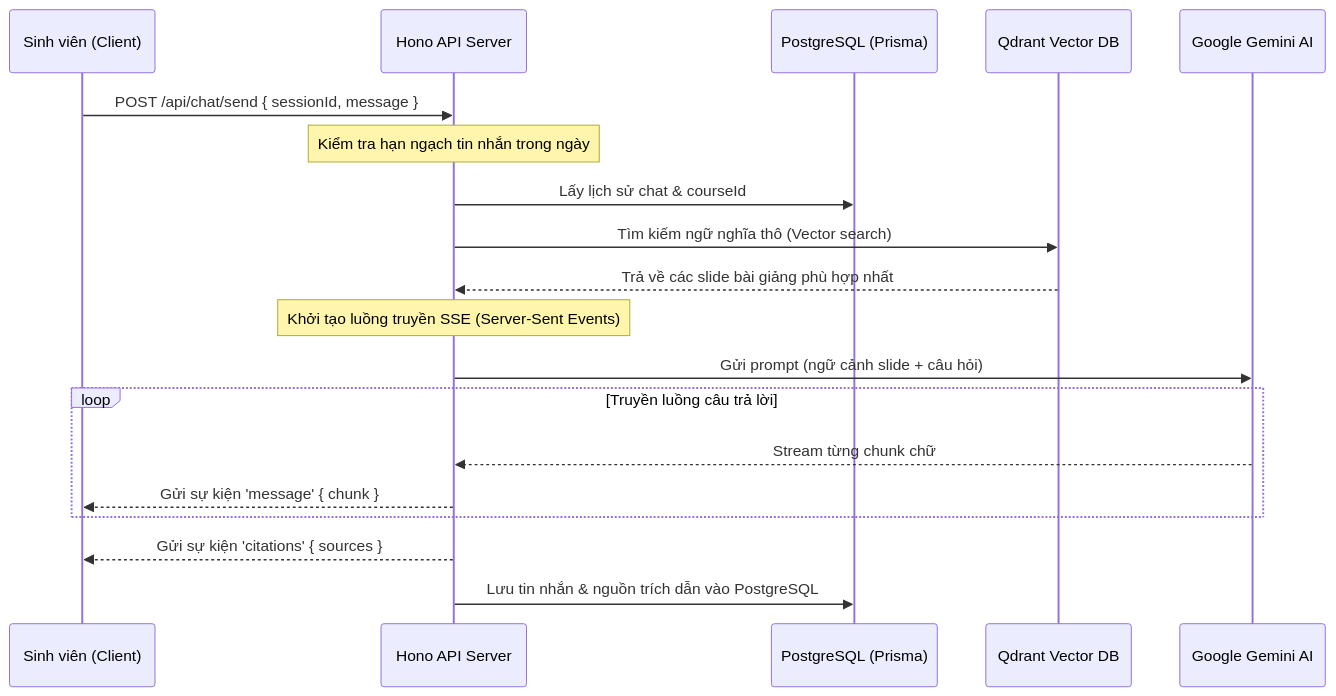
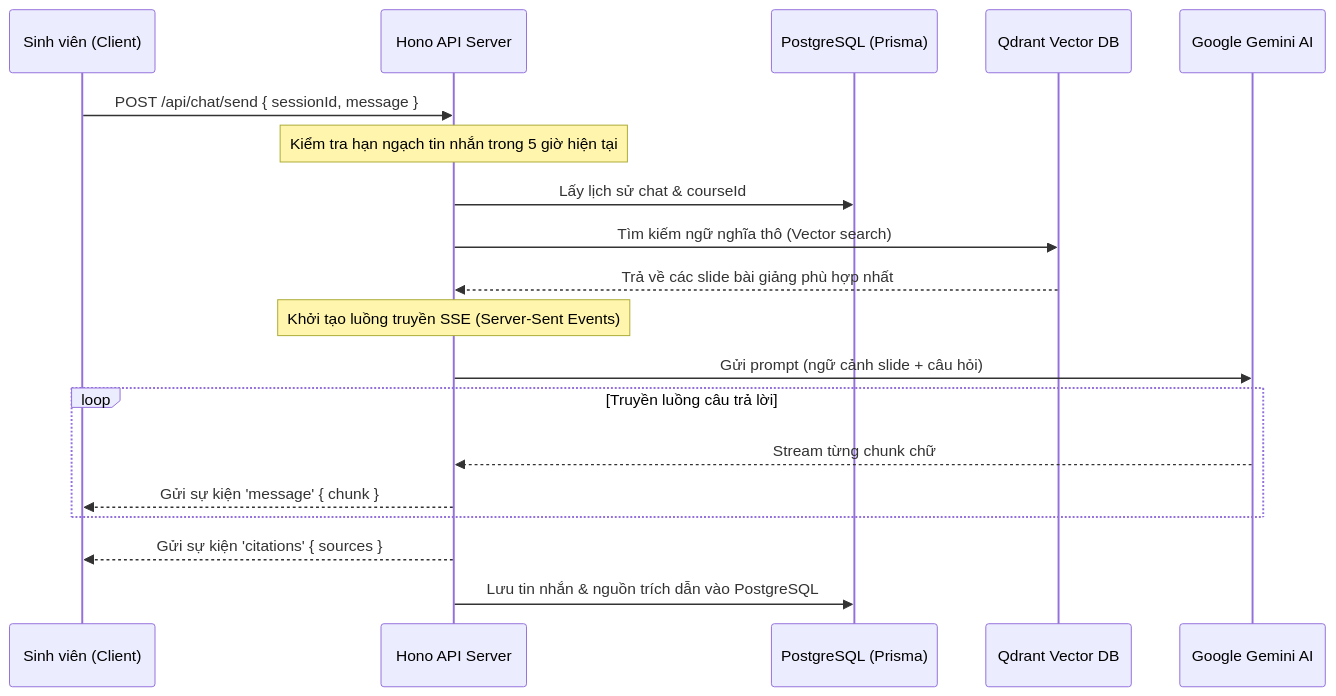
One commit to lgdlong/chatbot-rag-fptu changed the first of 2 diagrams in docs/api/writing-guidelines.md. Above: the diagram before and after it, drawn with Mermaid. The commit also changed 19 other files, not shown here.

````diff
--- a/docs/api/writing-guidelines.md
+++ b/docs/api/writing-guidelines.md
@@ -34,24 +34,24 @@
 ```mermaid
 sequenceDiagram
     participant Student as Sinh viên (Client)
     participant Hono as Hono API Server
     participant DB as PostgreSQL (Prisma)
     participant Qdrant as Qdrant Vector DB
     participant Gemini as Google Gemini AI
 
     Student->>Hono: POST /api/chat/send { sessionId, message }
-    Note over Hono: Kiểm tra hạn ngạch tin nhắn trong ngày
+    Note over Hono: Kiểm tra hạn ngạch tin nhắn trong 5 giờ hiện tại
     Hono->>DB: Lấy lịch sử chat & courseId
     Hono->>Qdrant: Tìm kiếm ngữ nghĩa thô (Vector search)
     Qdrant-->>Hono: Trả về các slide bài giảng phù hợp nhất
     Note over Hono: Khởi tạo luồng truyền SSE (Server-Sent Events)
     Hono->>Gemini: Gửi prompt (ngữ cảnh slide + câu hỏi)
     
     loop Truyền luồng câu trả lời
         Gemini-->>Hono: Stream từng chunk chữ
         Hono-->>Student: Gửi sự kiện 'message' { chunk }
     end
     
     Hono-->>Student: Gửi sự kiện 'citations' { sources }
     Hono->>DB: Lưu tin nhắn & nguồn trích dẫn vào PostgreSQL
 ```
````
